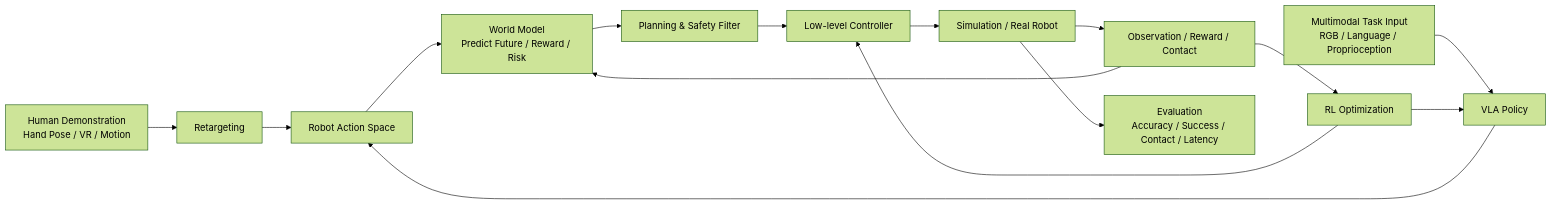
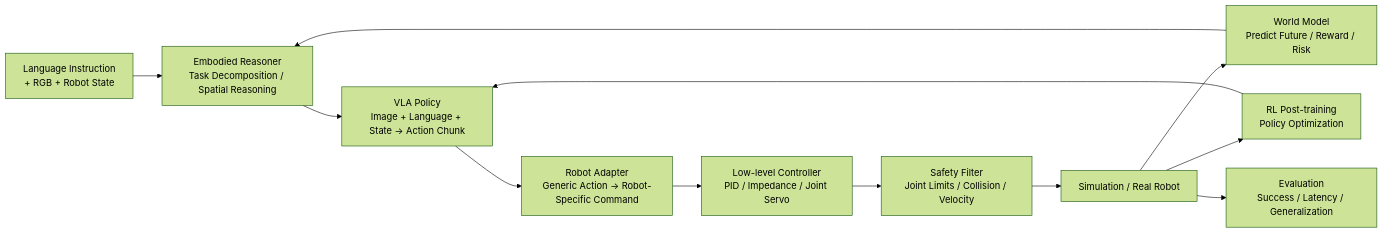
The diagram in README.md (Dld0621/Embodied-AI-Zero-to-Hero), drawn with Mermaid (forest theme) before and after one commit. The commit also changed other lines of this file and 29 other files, not shown here.

````diff
--- a/README.md
+++ b/README.md
@@ -87,25 +87,19 @@
 ```mermaid
 flowchart LR
-    A[Human Demonstration<br/>Hand Pose / VR / Motion]
-    B[Multimodal Task Input<br/>RGB / Language / Proprioception]
+    A[Language Instruction<br/>+ RGB + Robot State]
+    B[Embodied Reasoner<br/>Task Decomposition / Spatial Reasoning]
 
-    A --> C[Retargeting]
-    B --> D[VLA Policy]
+    A --> B
+    B --> C[VLA Policy<br/>Image + Language + State → Action Chunk]
+    C --> D[Robot Adapter<br/>Generic Action → Robot-Specific Command]
+    D --> E[Low-level Controller<br/>PID / Impedance / Joint Servo]
+    E --> F[Safety Filter<br/>Joint Limits / Collision / Velocity]
+    F --> G[Simulation / Real Robot]
 
-    C --> E[Robot Action Space]
-    D --> E
+    G --> H[World Model<br/>Predict Future / Reward / Risk]
+    H --> B
+    G --> I[RL Post-training<br/>Policy Optimization]
+    I --> C
 
-    E --> F[World Model<br/>Predict Future / Reward / Risk]
-    F --> G[Planning & Safety Filter]
-    G --> H[Low-level Controller]
-
-    H --> I[Simulation / Real Robot]
-    I --> J[Observation / Reward / Contact]
-
-    J --> F
-    J --> K[RL Optimization]
-    K --> D
-    K --> H
-
-    I --> L[Evaluation<br/>Accuracy / Success / Contact / Latency]
+    G --> J[Evaluation<br/>Success / Latency / Generalization]
 ```
````
